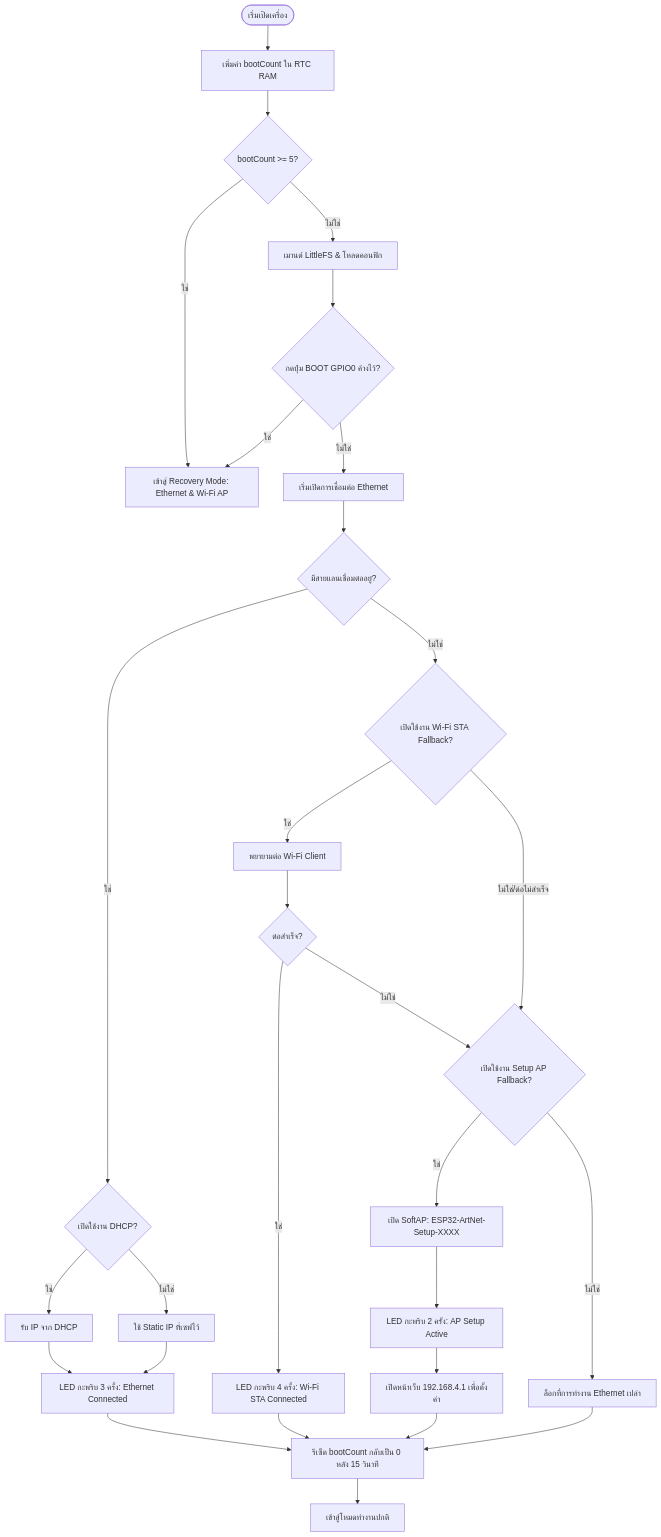
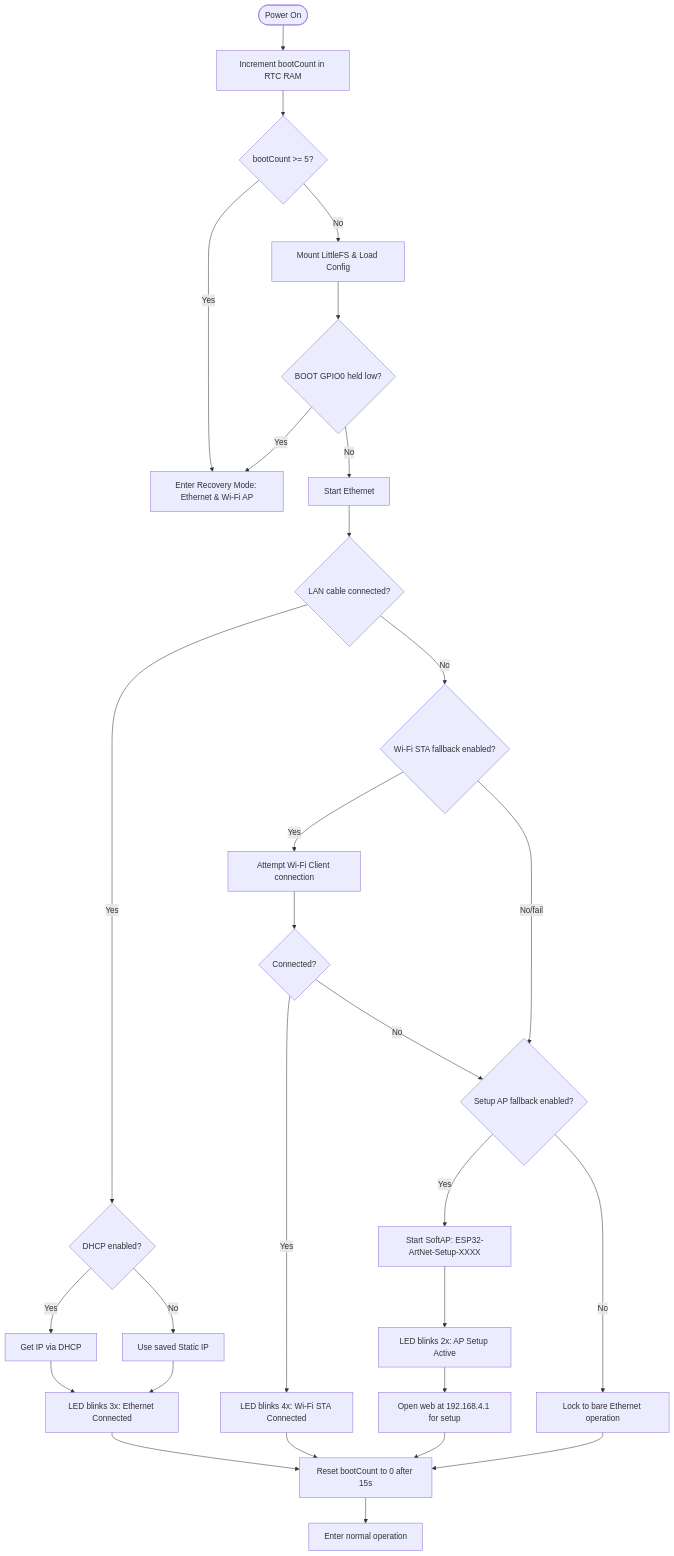
One commit to nattapatboom/esp32_artnet_2_dmx changed the second of 2 diagrams in docs/domain_model.md. Above: the diagram before and after it, drawn with Mermaid. The commit also changed other lines of this file and 2 other files, not shown here.

````diff
--- a/docs/domain_model.md
+++ b/docs/domain_model.md
@@ -260,40 +260,40 @@
 ```mermaid
 flowchart TD
-    Start([เริ่มเปิดเครื่อง]) --> IncBoot[เพิ่มค่า bootCount ใน RTC RAM]
+    Start([Power On]) --> IncBoot[Increment bootCount in RTC RAM]
     IncBoot --> CheckBootCount{bootCount >= 5?}
     
-    CheckBootCount -- ใช่ --> RunRecovery[เข้าสู่ Recovery Mode: Ethernet & Wi-Fi AP]
-    CheckBootCount -- ไม่ใช่ --> InitFS[เมานต์ LittleFS & โหลดคอนฟิก]
+    CheckBootCount -- Yes --> RunRecovery[Enter Recovery Mode: Ethernet & Wi-Fi AP]
+    CheckBootCount -- No --> InitFS[Mount LittleFS & Load Config]
     
-    InitFS --> CheckButton{กดปุ่ม BOOT GPIO0 ค้างไว้?}
-    CheckButton -- ใช่ --> RunRecovery
-    CheckButton -- ไม่ใช่ --> InitETH[เริ่มเปิดการเชื่อมต่อ Ethernet]
+    InitFS --> CheckButton{BOOT GPIO0 held low?}
+    CheckButton -- Yes --> RunRecovery
+    CheckButton -- No --> InitETH[Start Ethernet]
     
-    InitETH --> CheckLink{มีสายแลนเชื่อมต่ออยู่?}
+    InitETH --> CheckLink{LAN cable connected?}
     
-    CheckLink -- ใช่ --> DHCEPH{เปิดใช้งาน DHCP?}
-    DHCEPH -- ใช่ --> EthDHCP[รับ IP จาก DHCP]
-    DHCEPH -- ไม่ใช่ --> EthStatic[ใช้ Static IP ที่เซฟไว้]
-    EthDHCP --> SetLed3[LED กะพริบ 3 ครั้ง: Ethernet Connected]
+    CheckLink -- Yes --> DHCEPH{DHCP enabled?}
+    DHCEPH -- Yes --> EthDHCP[Get IP via DHCP]
+    DHCEPH -- No --> EthStatic[Use saved Static IP]
+    EthDHCP --> SetLed3[LED blinks 3x: Ethernet Connected]
     EthStatic --> SetLed3
-    SetLed3 --> ResetBootNormal[รีเซ็ต bootCount กลับเป็น 0 หลัง 15 วินาที]
-    ResetBootNormal --> ModeNormal[เข้าสู่โหมดทำงานปกติ]
+    SetLed3 --> ResetBootNormal[Reset bootCount to 0 after 15s]
+    ResetBootNormal --> ModeNormal[Enter normal operation]
     
-    CheckLink -- ไม่ใช่ --> CheckWifiEn{เปิดใช้งาน Wi-Fi STA Fallback?}
-    CheckWifiEn -- ใช่ --> ConnectSTA[พยายามต่อ Wi-Fi Client]
-    ConnectSTA --> CheckWifiConnected{ต่อสำเร็จ?}
+    CheckLink -- No --> CheckWifiEn{Wi-Fi STA fallback enabled?}
+    CheckWifiEn -- Yes --> ConnectSTA[Attempt Wi-Fi Client connection]
+    ConnectSTA --> CheckWifiConnected{Connected?}
     
-    CheckWifiConnected -- ใช่ --> SetLed4[LED กะพริบ 4 ครั้ง: Wi-Fi STA Connected]
+    CheckWifiConnected -- Yes --> SetLed4[LED blinks 4x: Wi-Fi STA Connected]
     SetLed4 --> ResetBootNormal
     
-    CheckWifiEn -- ไม่ใช่/ต่อไม่สำเร็จ --> CheckApEn{เปิดใช้งาน Setup AP Fallback?}
-    CheckWifiConnected -- ไม่ใช่ --> CheckApEn
+    CheckWifiEn -- No/fail --> CheckApEn{Setup AP fallback enabled?}
+    CheckWifiConnected -- No --> CheckApEn
     
-    CheckApEn -- ใช่ --> StartAP[เปิด SoftAP: ESP32-ArtNet-Setup-XXXX]
-    StartAP --> SetLed2[LED กะพริบ 2 ครั้ง: AP Setup Active]
-    SetLed2 --> WebConfig[เปิดหน้าเว็บ 192.168.4.1 เพื่อตั้งค่า]
+    CheckApEn -- Yes --> StartAP[Start SoftAP: ESP32-ArtNet-Setup-XXXX]
+    StartAP --> SetLed2[LED blinks 2x: AP Setup Active]
+    SetLed2 --> WebConfig[Open web at 192.168.4.1 for setup]
     WebConfig --> ResetBootNormal
     
-    CheckApEn -- ไม่ใช่ --> LockEthernet[ล็อกที่การทำงาน Ethernet เปล่า]
+    CheckApEn -- No --> LockEthernet[Lock to bare Ethernet operation]
     LockEthernet --> ResetBootNormal
 ```
````
